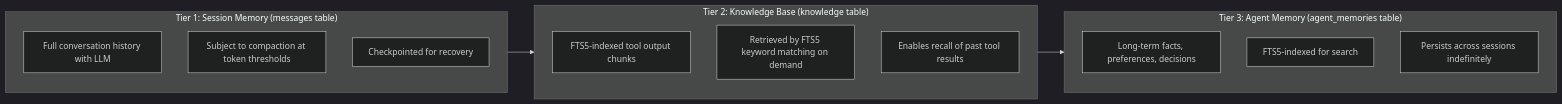
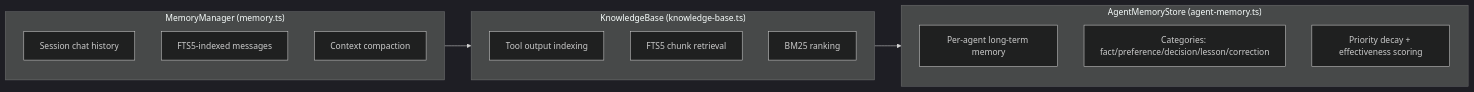
One commit to Tuanm/clawd changed the fourth of 8 diagrams in docs/architecture.md. Above: the diagram before and after it, drawn with Mermaid (dark theme). The commit also changed other lines of this file and 6 other files, not shown here.

````diff
--- a/docs/architecture.md
+++ b/docs/architecture.md
@@ -688,22 +688,23 @@
 ```mermaid
 flowchart LR
-    subgraph T1["Tier 1: Session Memory (messages table)"]
-        T1A["Full conversation history with LLM"]
-        T1B["Subject to compaction at token thresholds"]
-        T1C["Checkpointed for recovery"]
+    subgraph MM["MemoryManager (memory.ts)"]
+        MMA["Session chat history"]
+        MMB["FTS5-indexed messages"]
+        MMC["Context compaction"]
     end
 
-    subgraph T2["Tier 2: Knowledge Base (knowledge table)"]
-        T2A["FTS5-indexed tool output chunks"]
-        T2B["Retrieved by FTS5 keyword matching on demand"]
-        T2C["Enables recall of past tool results"]
+    subgraph KB["KnowledgeBase (knowledge-base.ts)"]
+        KBA["Tool output indexing"]
+        KBB["FTS5 chunk retrieval"]
+        KBC["BM25 ranking"]
     end
 
-    subgraph T3["Tier 3: Agent Memory (agent_memories table)"]
-        T3A["Long-term facts, preferences, decisions"]
-        T3B["FTS5-indexed for search"]
-        T3C["Persists across sessions indefinitely"]
+    subgraph AMS["AgentMemoryStore (agent-memory.ts)"]
+        AMSA["Per-agent long-term memory"]
+        AMSB["Categories: fact/preference/decision/lesson/correction"]
+        AMSC["Priority decay + effectiveness scoring"]
     end
 
-    T1 --> T2 --> T3
+    MM --> KB
+    KB --> AMS
 ```
````
